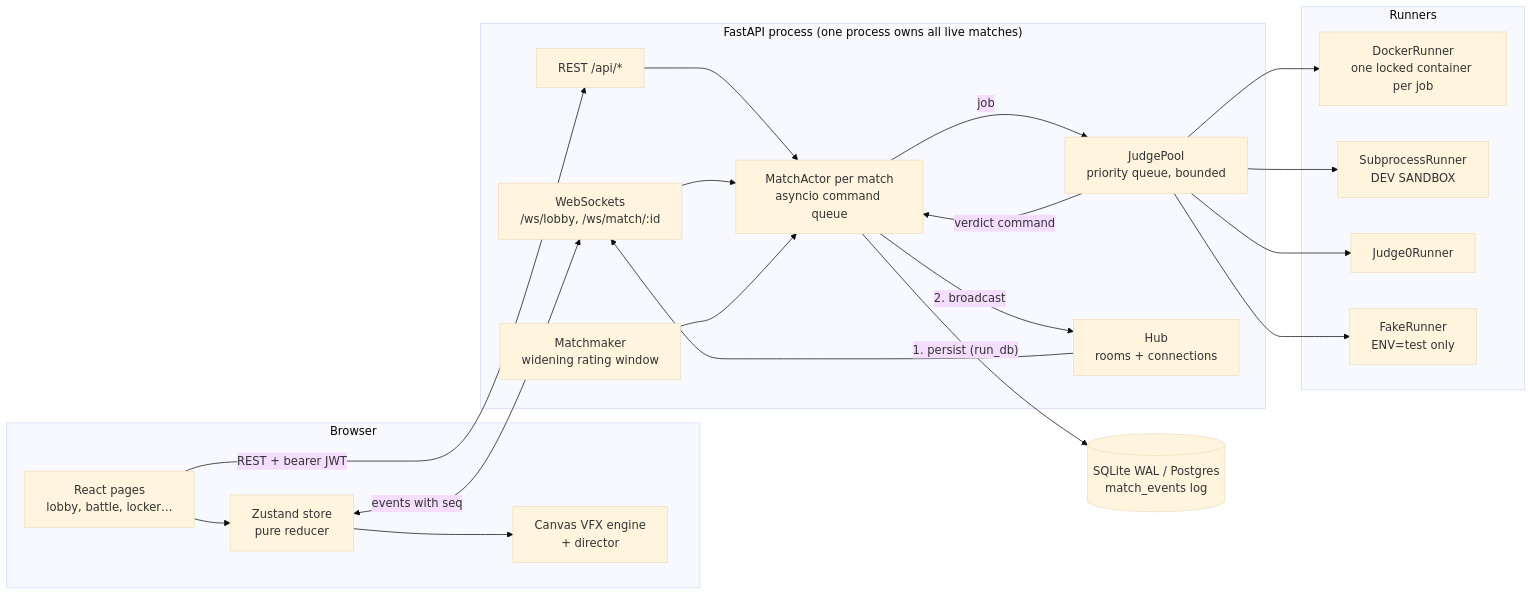
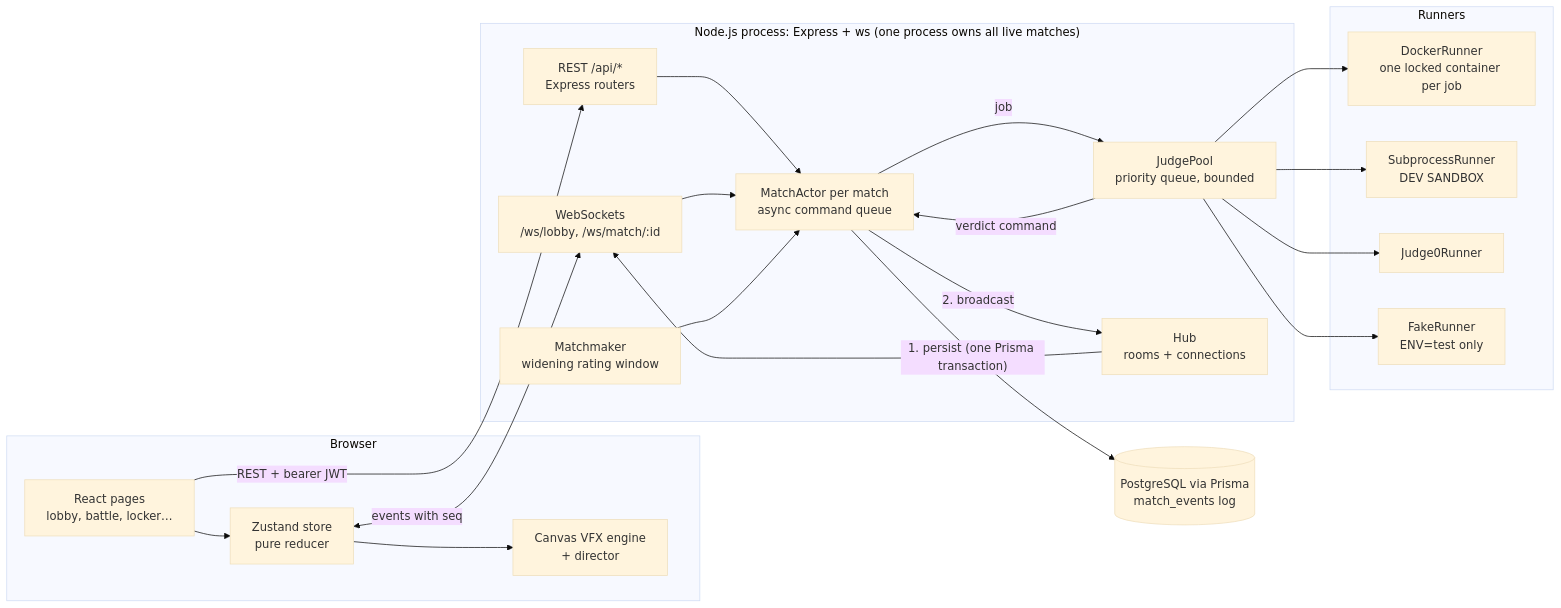
One commit to BEEN-AXIS/ap_project_helper changed the diagram in README.md. Above: the diagram before and after it, drawn with Mermaid (base theme). The commit also changed other lines of this file and 414 other files, not shown here.

First line of the commit message:
Move the server from Python to Node.js, Express, ws and Prisma

````diff
--- a/README.md
+++ b/README.md
@@ -160,37 +164,37 @@
 ```mermaid
 flowchart LR
   subgraph Browser
     UI[React pages<br/>lobby, battle, locker…]
     Store[Zustand store<br/>pure reducer]
     VFX[Canvas VFX engine<br/>+ director]
     UI --> Store --> VFX
   end
 
-  subgraph API["FastAPI process (one process owns all live matches)"]
-    REST[REST /api/*]
+  subgraph API["Node.js process: Express + ws (one process owns all live matches)"]
+    REST[REST /api/*<br/>Express routers]
     WS[WebSockets<br/>/ws/lobby, /ws/match/:id]
     MM[Matchmaker<br/>widening rating window]
-    Actor[MatchActor per match<br/>asyncio command queue]
+    Actor[MatchActor per match<br/>async command queue]
     Pool[JudgePool<br/>priority queue, bounded]
     Hub[Hub<br/>rooms + connections]
   end
 
   subgraph Runners
     Docker[DockerRunner<br/>one locked container per job]
     Sub[SubprocessRunner<br/>DEV SANDBOX]
     J0[Judge0Runner]
     Fake[FakeRunner<br/>ENV=test only]
   end
 
-  DB[(SQLite WAL / Postgres<br/>match_events log)]
+  DB[(PostgreSQL via Prisma<br/>match_events log)]
 
   UI -- REST + bearer JWT --> REST
   Store <-- events with seq --> WS
   REST --> Actor
   WS --> Actor
   MM --> Actor
-  Actor -- "1. persist (run_db)" --> DB
+  Actor -- "1. persist (one Prisma transaction)" --> DB
   Actor -- "2. broadcast" --> Hub --> WS
   Actor -- job --> Pool --> Docker & Sub & J0 & Fake
   Pool -- verdict command --> Actor
 ```
````
